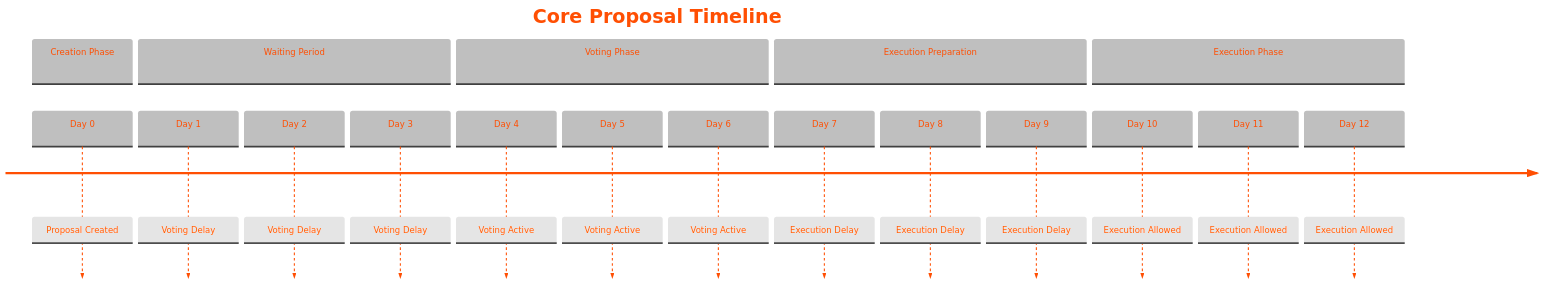
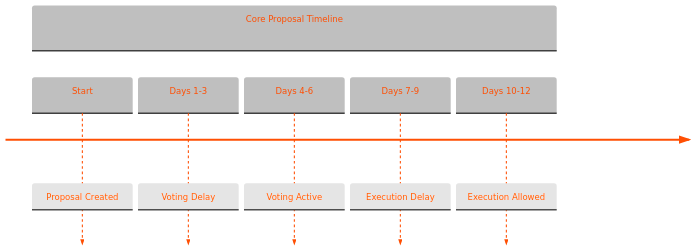
The diagram in aibtc-dao-structure/dao-proposals/core-proposals.md (aibtcdev/aibtcdev-docs), drawn with Mermaid before and after one commit. The commit also changed 1 other file, not shown here.

Commit message:
GITBOOK-22: simplify mermaid diagram

````diff
--- a/aibtc-dao-structure/dao-proposals/core-proposals.md
+++ b/aibtc-dao-structure/dao-proposals/core-proposals.md
@@ -16,40 +16,23 @@
 ```mermaid
 %%{
   init: {
     'theme': 'base',
     'themeVariables': {
       'primaryColor': '#FFF',
       'primaryTextColor': '#FF4F03',
       'primaryBorderColor': '#000',
       'lineColor': '#FF4F03',
       'fontWeight': 'bold'
     }
   }
 }%%
 
 timeline
-    title Core Proposal Timeline
     
-    section Creation Phase
-        Day 0: Proposal Created
-    
-    section Waiting Period
-        Day 1: Voting Delay
-        Day 2: Voting Delay
-        Day 3: Voting Delay
-        
-    section Voting Phase
-        Day 4: Voting Active
-        Day 5: Voting Active
-        Day 6: Voting Active
-    
-    section Execution Preparation
-        Day 7: Execution Delay
-        Day 8: Execution Delay
-        Day 9: Execution Delay
-    
-    section Execution Phase
-        Day 10: Execution Allowed
-        Day 11: Execution Allowed
-        Day 12: Execution Allowed
+    section Core Proposal Timeline
+        Start: Proposal Created
+        Days 1-3: Voting Delay
+        Days 4-6: Voting Active
+        Days 7-9: Execution Delay
+        Days 10-12: Execution Allowed
 ```
````
